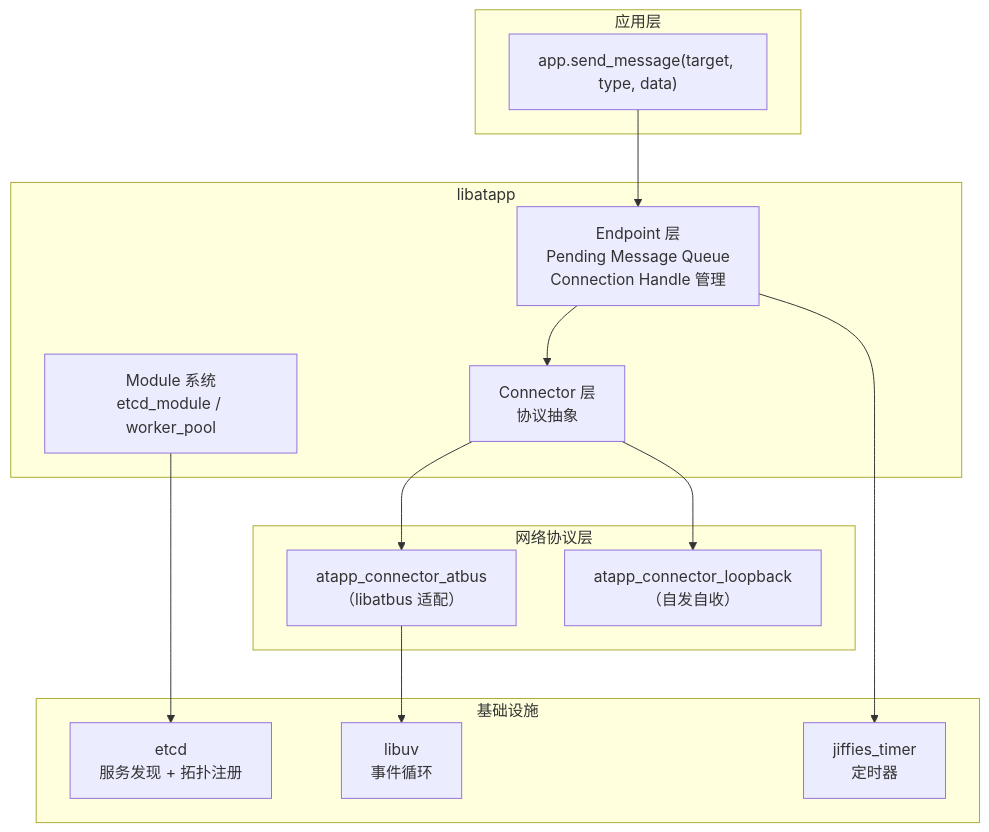
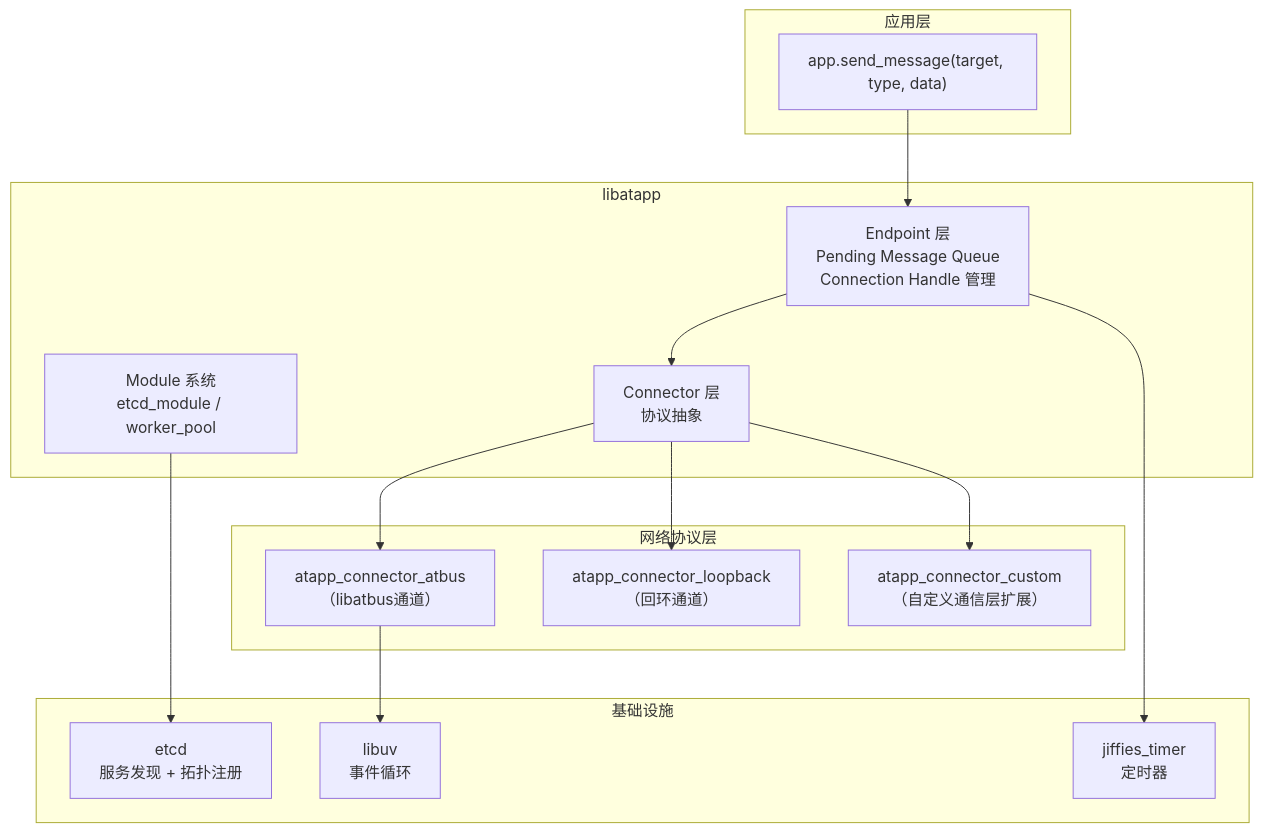
The first of 5 diagrams in source/post/2026/2605.md (owent/blog-hugo), drawn with Mermaid before and after one commit. The commit also changed 4 other files, not shown here.

````diff
--- a/source/post/2026/2605.md
+++ b/source/post/2026/2605.md
@@ -39,31 +39,33 @@
 ```mermaid
 graph TB
     subgraph "应用层"
         APP["app.send_message(target, type, data)"]
     end
     
     subgraph "libatapp"
         EP["Endpoint 层<br/>Pending Message Queue<br/>Connection Handle 管理"]
         CONN["Connector 层<br/>协议抽象"]
         MOD["Module 系统<br/>etcd_module / worker_pool"]
     end
     
     subgraph "网络协议层"
-        BUS["atapp_connector_atbus<br/>（libatbus 适配）"]
-        LB["atapp_connector_loopback<br/>（自发自收）"]
+        BUS["atapp_connector_atbus<br/>（libatbus通道）"]
+        LB["atapp_connector_loopback<br/>（回环通道）"]
+        ACC["atapp_connector_custom<br/>（自定义通信层扩展）"]
     end
     
     subgraph "基础设施"
         ETCD["etcd<br/>服务发现 + 拓扑注册"]
         UV["libuv<br/>事件循环"]
         TIMER["jiffies_timer<br/>定时器"]
     end
     
     APP --> EP
     EP --> CONN
     CONN --> BUS
     CONN --> LB
+    CONN --> ACC
     MOD --> ETCD
     BUS --> UV
     EP --> TIMER
 ```
````
